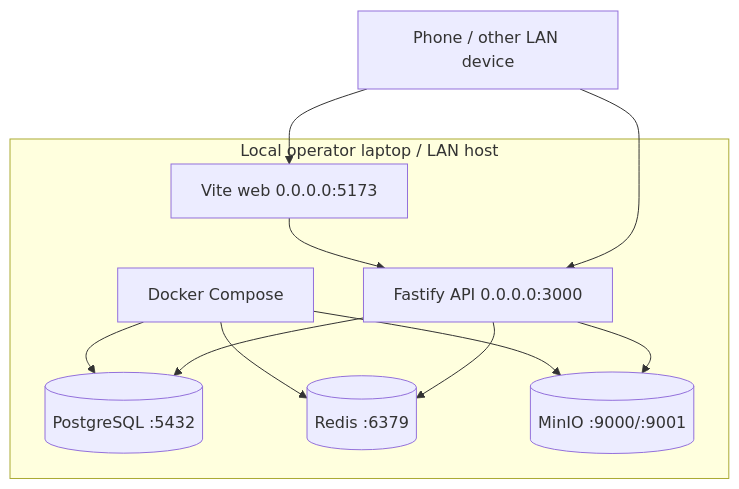
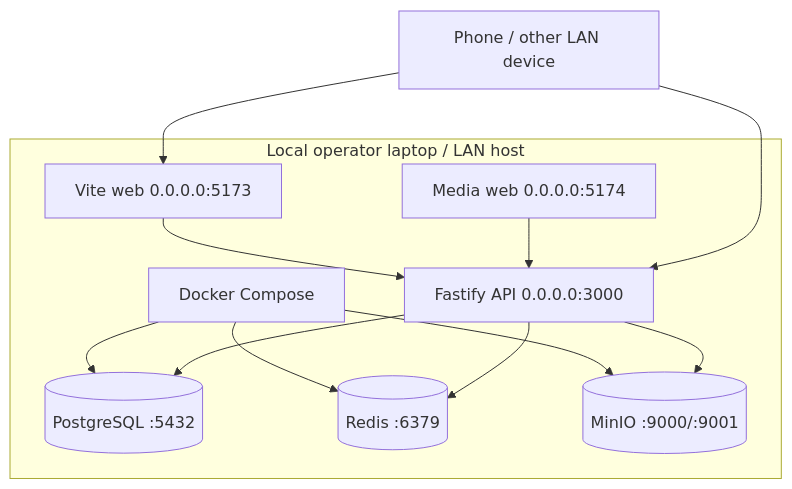
One commit to K1rigayakun/rekam_kominfo changed the fourth of 5 diagrams in docs/ARCHITECTURE.md. Above: the diagram before and after it, drawn with Mermaid. The commit also changed other lines of this file and 1 other file, not shown here.

Commit message:
docs: update architecture to include media portal and remove outdated handoff doc

````diff
--- a/docs/ARCHITECTURE.md
+++ b/docs/ARCHITECTURE.md
@@ -114,18 +134,20 @@
 ```mermaid
 flowchart TB
   subgraph Laptop["Local operator laptop / LAN host"]
     WebDev[Vite web 0.0.0.0:5173]
+    MediaDev[Media web 0.0.0.0:5174]
     ApiDev[Fastify API 0.0.0.0:3000]
     Docker[Docker Compose]
     Docker --> PG[(PostgreSQL :5432)]
     Docker --> Redis[(Redis :6379)]
     Docker --> MinIO[(MinIO :9000/:9001)]
     WebDev --> ApiDev
+    MediaDev --> ApiDev
     ApiDev --> PG
     ApiDev --> Redis
     ApiDev --> MinIO
   end
 
   Phone[Phone / other LAN device] --> WebDev
   Phone --> ApiDev
 ```
````
